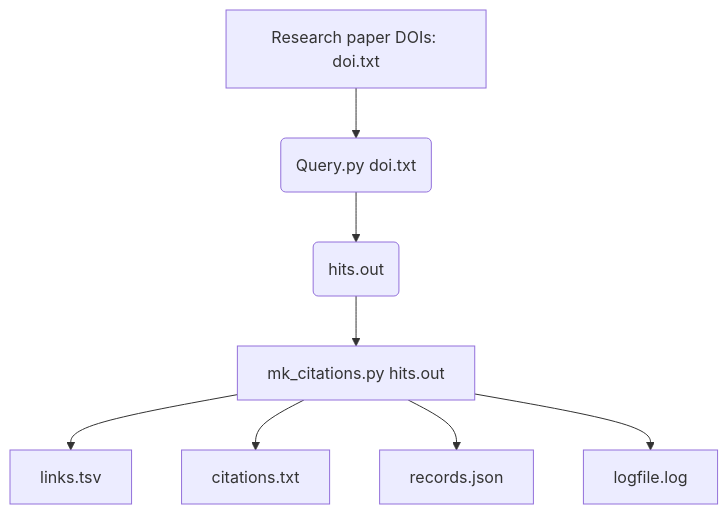
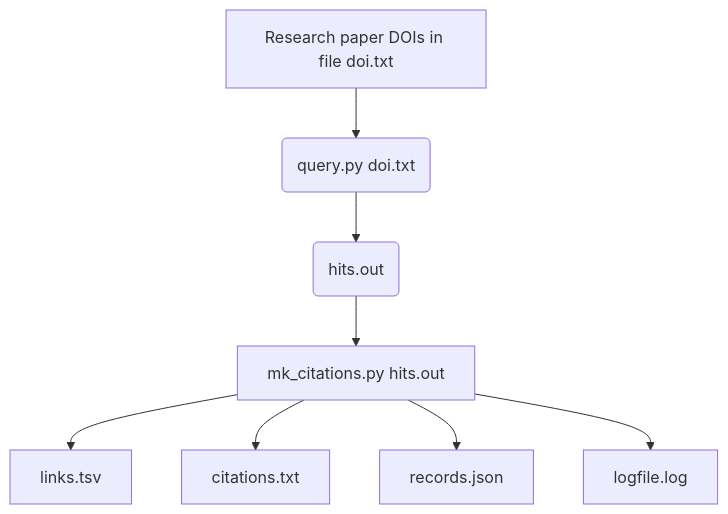
The diagram in README.md (sefnyn/scholix), drawn with Mermaid before and after one commit.

````diff
--- a/README.md
+++ b/README.md
@@ -3,9 +3,9 @@
 ```mermaid
 graph TD;
-    A[Research paper DOIs: doi.txt] --> B(Query.py doi.txt) --> C(hits.out);
+    A[Research paper DOIs in file doi.txt] --> B(query.py doi.txt) --> C(hits.out);
     C --> D[mk_citations.py hits.out];
-    D --> links.tsv;
-    D --> citations.txt;
-    D --> records.json;
-    D --> logfile.log;
+    D --> E[links.tsv];
+    D --> F[citations.txt];
+    D --> G[records.json];
+    D --> H[logfile.log];
 ```
````
